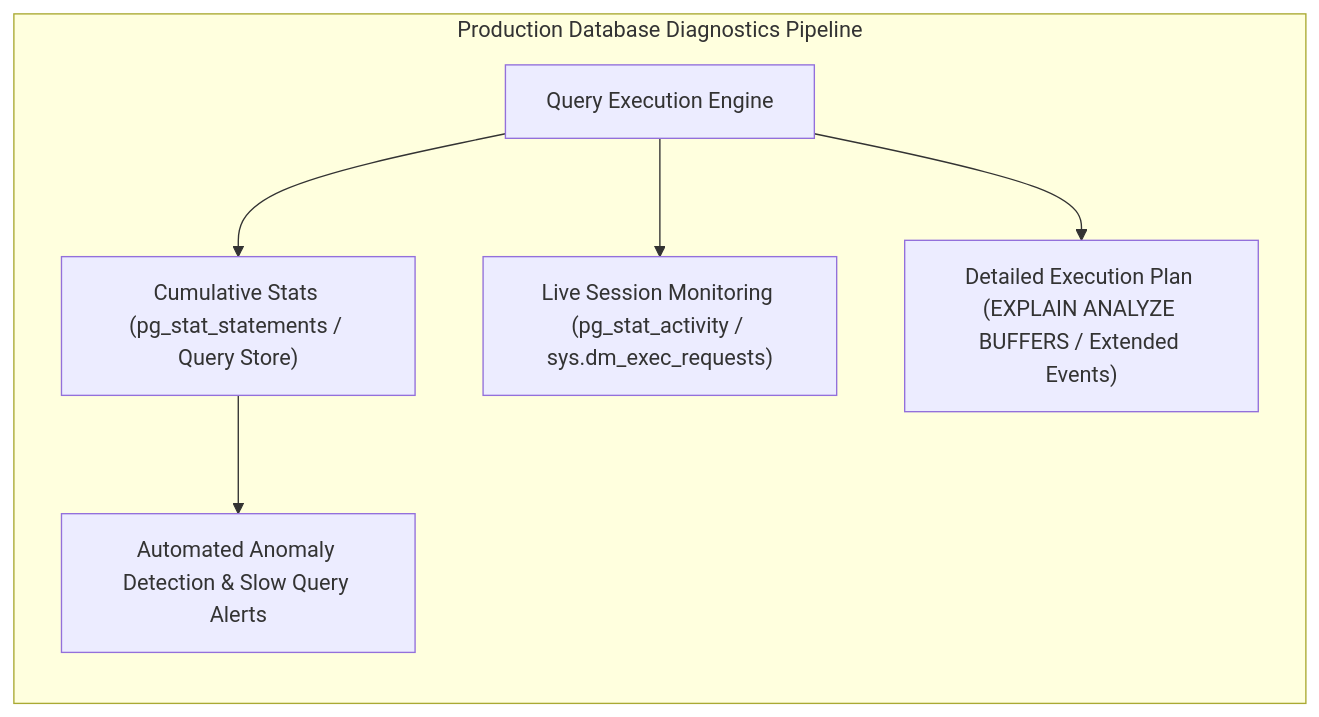
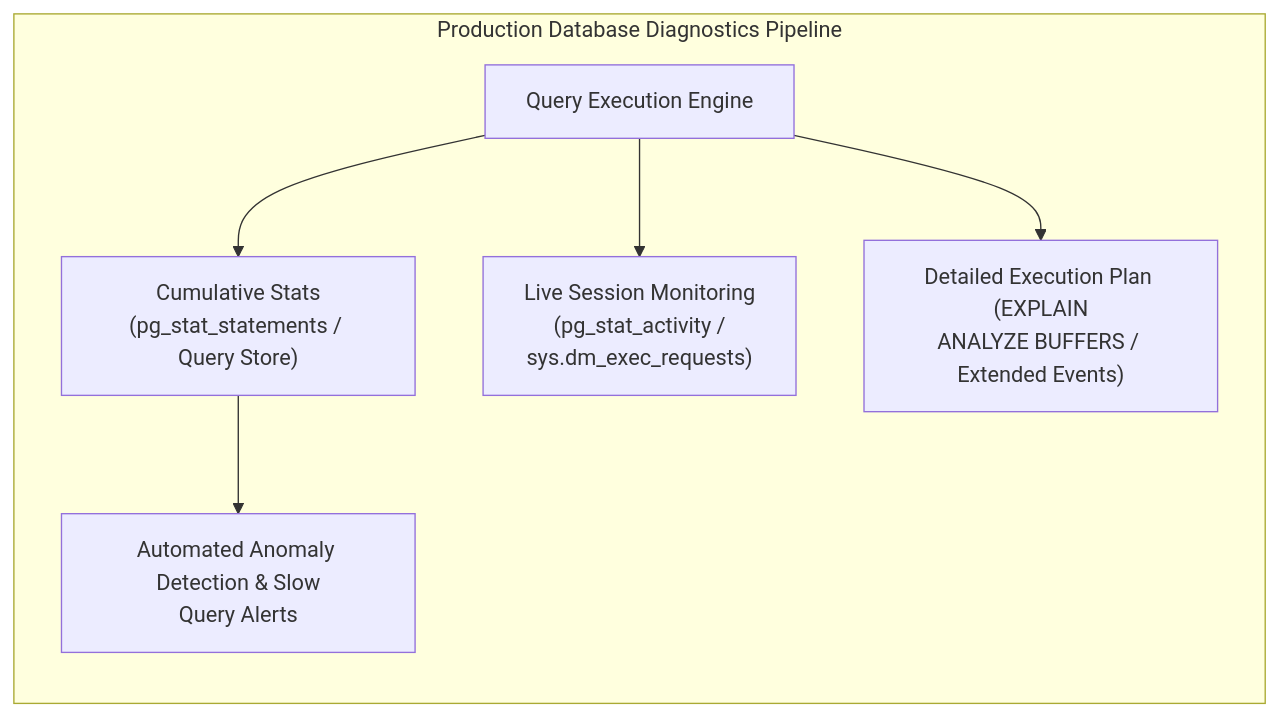
Before and after one commit to santoshjammi29/sql-handbook: the second of 4 diagrams in architectures/06_database_tooling_migrations_profiling_and_pooling.md, drawn with Mermaid. The commit also changed other lines of this file and 17 other files, not shown here.

Commit message:
fix(diagrams): word-wrap labels and escape comparison operators across all diagrams

````diff
--- a/architectures/06_database_tooling_migrations_profiling_and_pooling.md
+++ b/architectures/06_database_tooling_migrations_profiling_and_pooling.md
@@ -53,9 +53,9 @@
 ```mermaid
 flowchart LR
     subgraph Observability["Production Database Diagnostics Pipeline"]
-        Engine["Query Execution Engine"] --> Stat["Cumulative Stats (pg_stat_statements / Query Store)"]
-        Engine --> Trace["Live Session Monitoring (pg_stat_activity / sys.dm_exec_requests)"]
-        Engine --> Explain["Detailed Execution Plan (EXPLAIN ANALYZE BUFFERS / Extended Events)"]
-        Stat --> Alerts["Automated Anomaly Detection & Slow Query Alerts"]
+        Engine["Query Execution Engine"] --> Stat["Cumulative Stats<br/>(pg_stat_statements / Query Store)"]
+        Engine --> Trace["Live Session Monitoring<br/>(pg_stat_activity /<br/>sys.dm_exec_requests)"]
+        Engine --> Explain["Detailed Execution Plan (EXPLAIN<br/>ANALYZE BUFFERS / Extended Events)"]
+        Stat --> Alerts["Automated Anomaly Detection & Slow<br/>Query Alerts"]
     end
 ```
````
